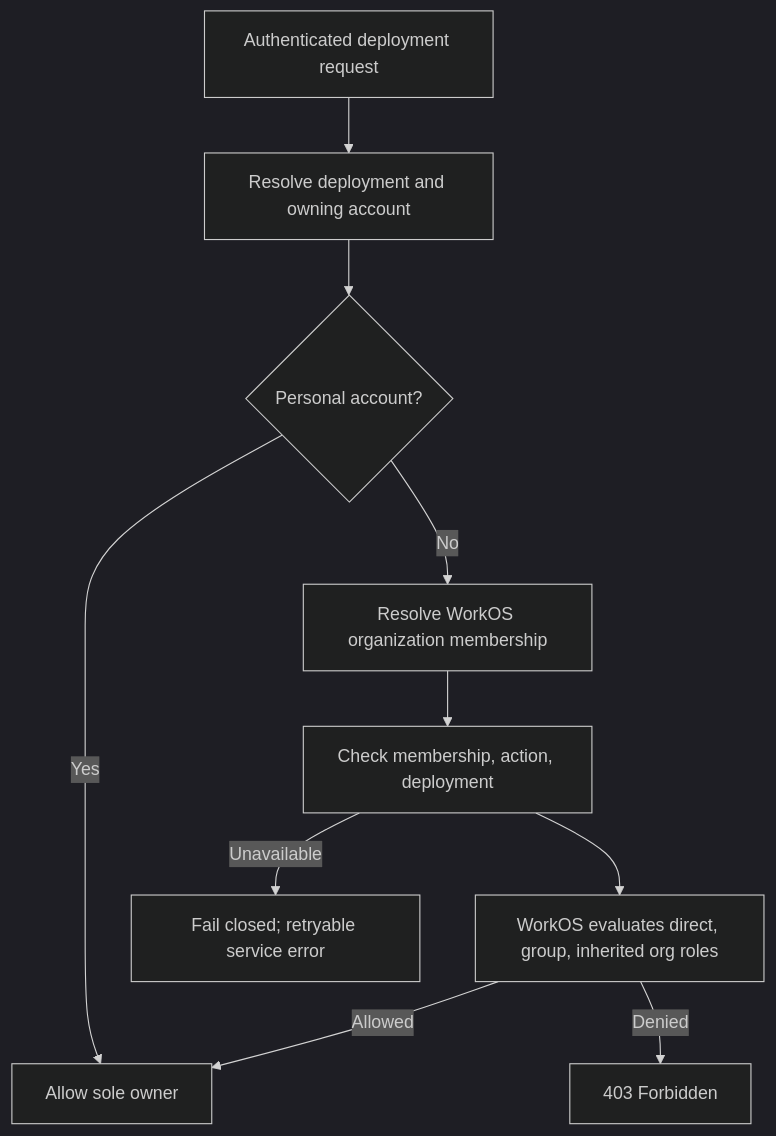
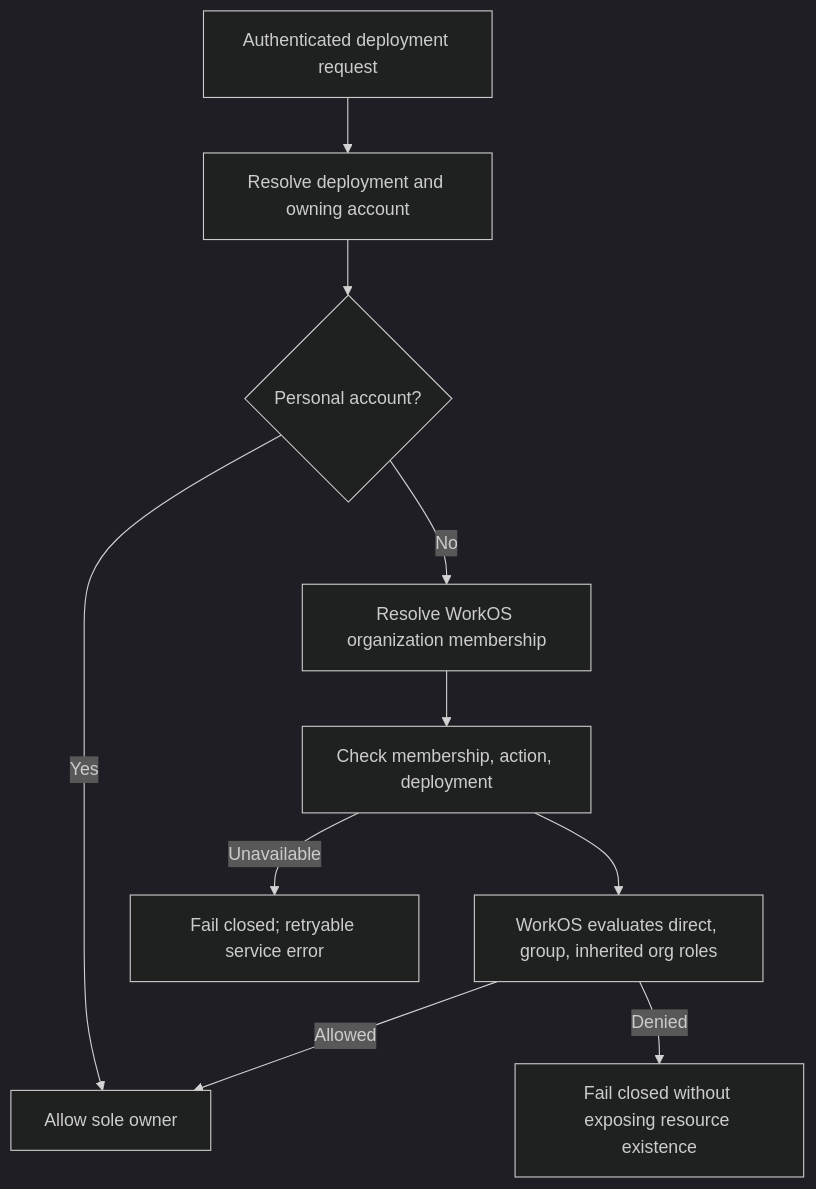
The second of 3 diagrams in docs/01-spec/deployment-fgac-rollout.md (astropods/astro-cli), drawn with Mermaid (dark theme) before and after one commit. The commit also changed other lines of this file and 20 other files, not shown here.

````diff
--- a/docs/01-spec/deployment-fgac-rollout.md
+++ b/docs/01-spec/deployment-fgac-rollout.md
@@ -56,12 +56,12 @@
 ```mermaid
 flowchart TD
     Request["Authenticated deployment request"] --> Resolve["Resolve deployment and owning account"]
     Resolve --> Personal{"Personal account?"}
     Personal -- Yes --> Allow["Allow sole owner"]
     Personal -- No --> Subject["Resolve WorkOS organization membership"]
     Subject --> Check["Check membership, action, deployment"]
     Check --> Sources["WorkOS evaluates direct, group, inherited org roles"]
     Sources -->|Allowed| Allow
-    Sources -->|Denied| Deny["403 Forbidden"]
+    Sources -->|Denied| Deny["Fail closed without exposing resource existence"]
     Check -->|Unavailable| Error["Fail closed; retryable service error"]
 ```
````
